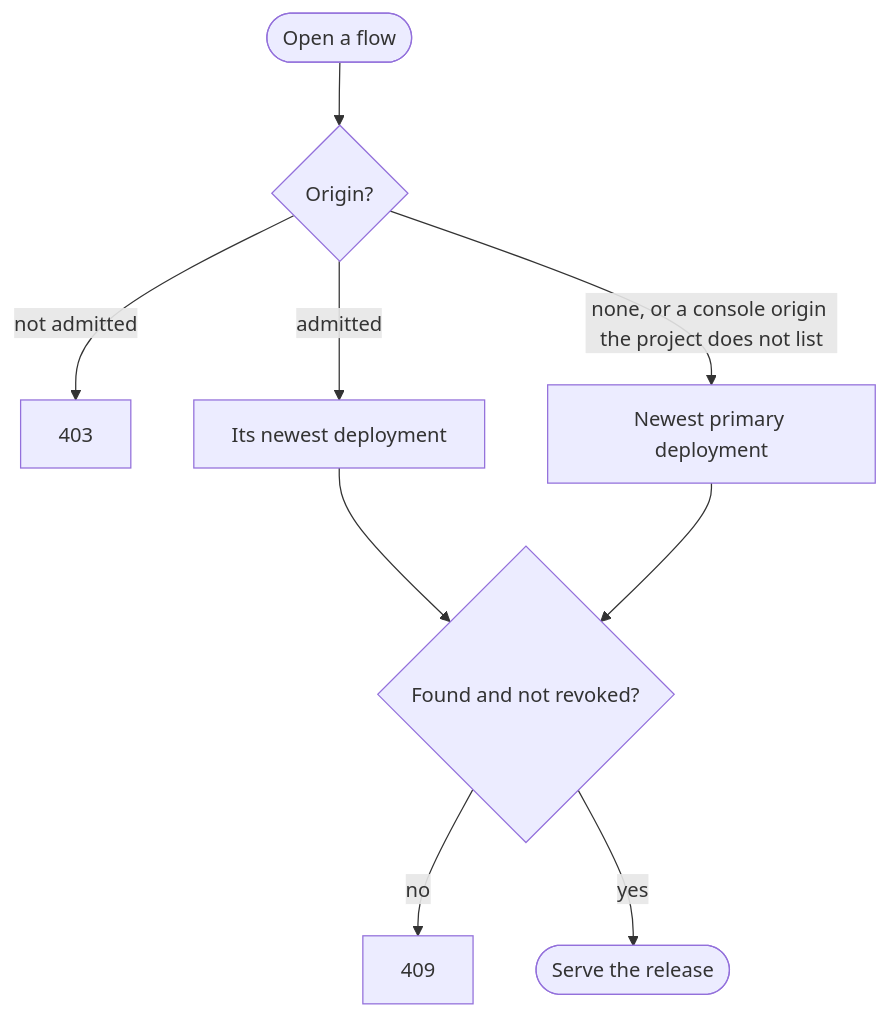
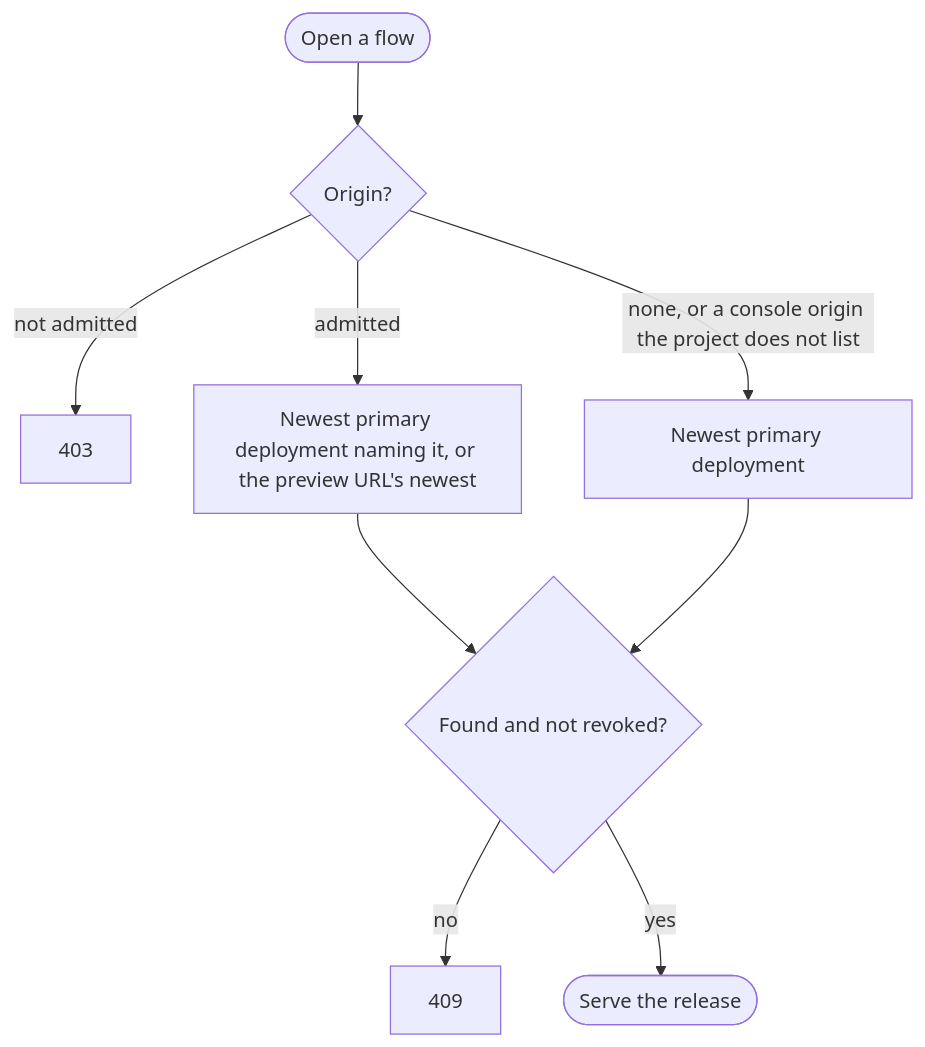
Before and after one commit to zitadel/nextgen: the diagram in docs/adrs/085-which-release-serves-a-request.md, drawn with Mermaid. The commit also changed other lines of this file, not shown here.

Commit message:
docs(adr): serve a primary origin only the newest primary deployment

````diff
--- a/docs/adrs/085-which-release-serves-a-request.md
+++ b/docs/adrs/085-which-release-serves-a-request.md
@@ -43,11 +45,11 @@
 ```mermaid
 flowchart TD
     open([Open a flow]) --> check{Origin?}
     check -- not admitted --> forbidden[403]
-    check -- admitted --> own[Its newest deployment]
+    check -- admitted --> own[Newest primary deployment naming it, or the preview URL's newest]
     check -- none, or a console origin the project does not list --> primary[Newest primary deployment]
     own --> usable{Found and not revoked?}
     primary --> usable
     usable -- no --> conflict[409]
     usable -- yes --> serve([Serve the release])
 ```
````
